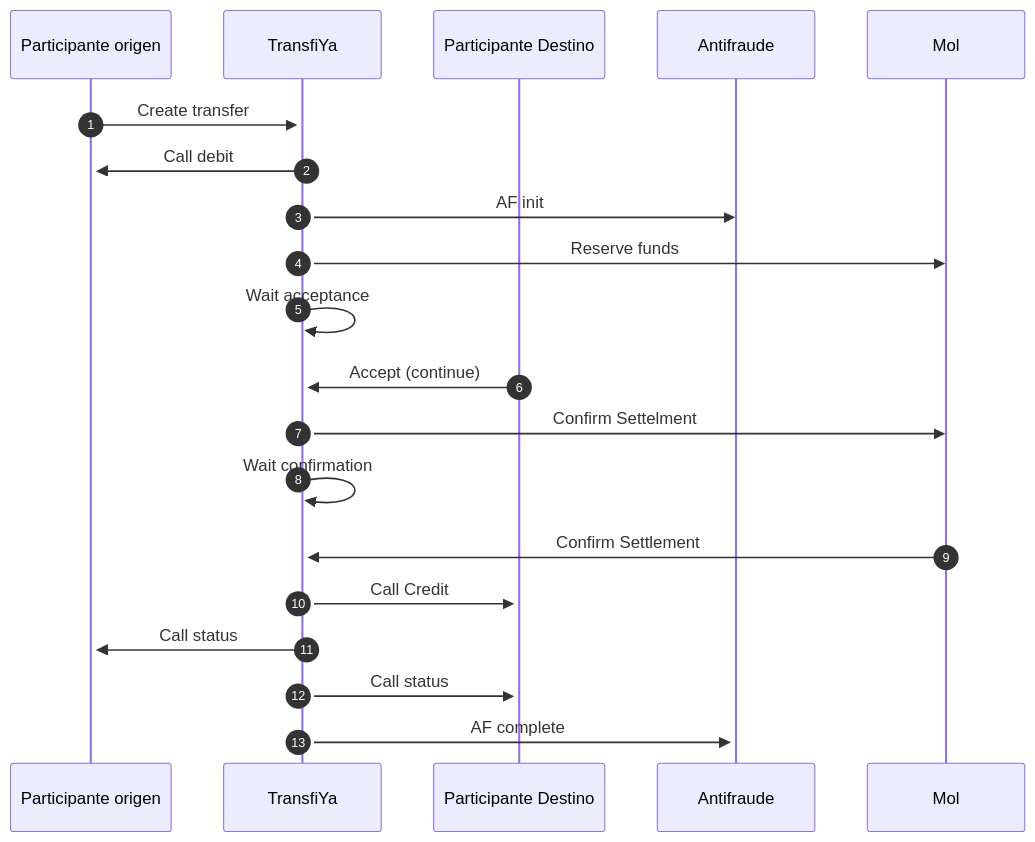
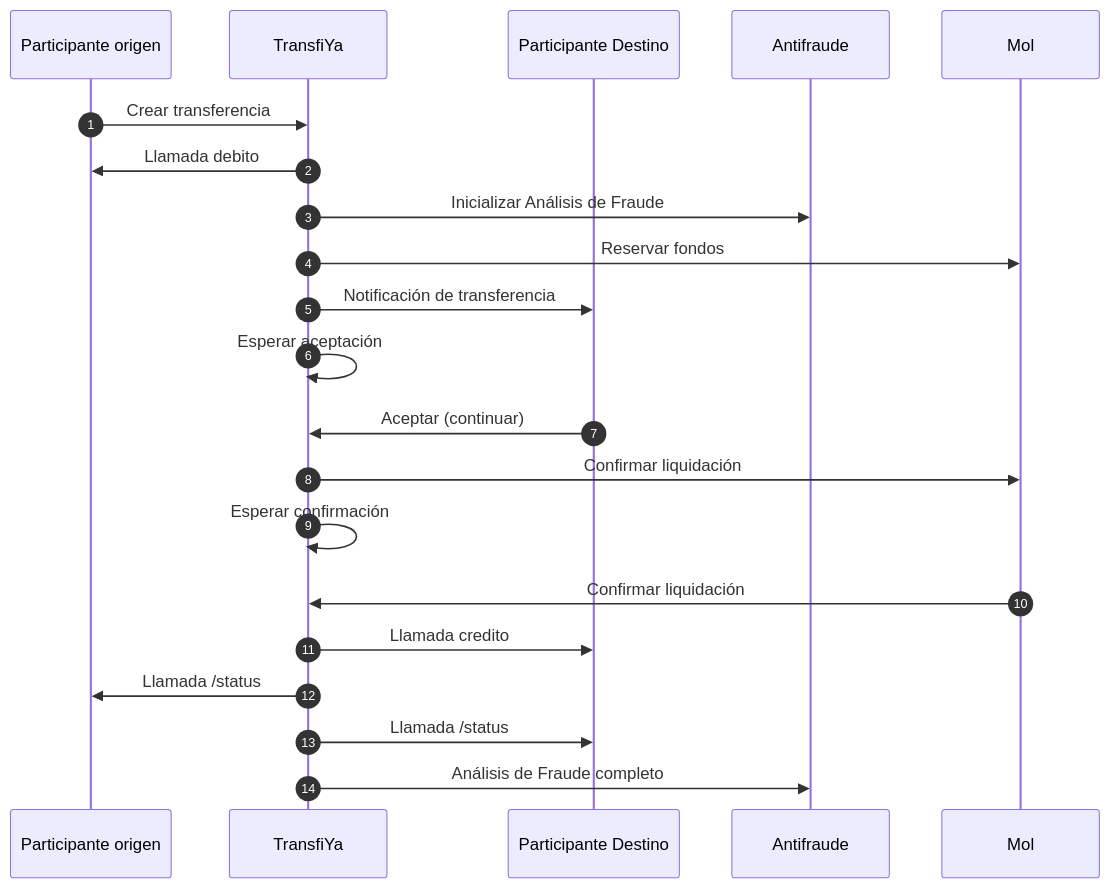
Before and after one commit to dom-minka/docs: the third of 7 diagrams in es/about/about-flows.mdx, drawn with Mermaid. The commit also changed other lines of this file and 3 other files, not shown here.

Commit message:
Updated flow

````diff
--- a/es/about/about-flows.mdx
+++ b/es/about/about-flows.mdx
@@ -162,35 +152,35 @@
       ```mermaid
       sequenceDiagram
       autonumber
         participant sb as Participante origen
     participant ty as TransfiYa
         participant tb as Participante Destino
         participant monitor as Antifraude
         participant mol as Mol
 
-        sb ->> +ty: Create transfer
+        sb ->> ty: Crear transferencia
 
-        ty ->> +sb: Call debit
+        ty ->> sb: Llamada debito
 
-        ty ->> monitor: AF init
+        ty ->> monitor: Inicializar Análisis de Fraude
 
-        ty ->> mol: Reserve funds
+        ty ->> mol: Reservar fondos
+        ty ->> tb: Notificación de transferencia
+        ty ->> ty: Esperar aceptación
 
-        ty ->> ty: Wait acceptance
+        tb ->> ty: Aceptar (continuar)
 
-        tb ->> ty: Accept (continue)
+        ty ->> mol: Confirmar liquidación
 
-        ty ->> mol: Confirm Settelment
+        ty ->> ty: Esperar confirmación
 
-        ty ->> ty: Wait confirmation
+        mol ->> ty: Confirmar liquidación
 
-        mol ->> ty: Confirm Settlement
+        ty ->> tb: Llamada credito
 
-        ty ->> +tb: Call Credit
+        ty ->> sb: Llamada /status
 
-        ty ->> +sb: Call status
+        ty ->> tb: Llamada /status
 
-        ty ->> +tb: Call status
-
-        ty ->> +monitor: AF complete
+        ty ->> monitor: Análisis de Fraude completo
         ```
````
